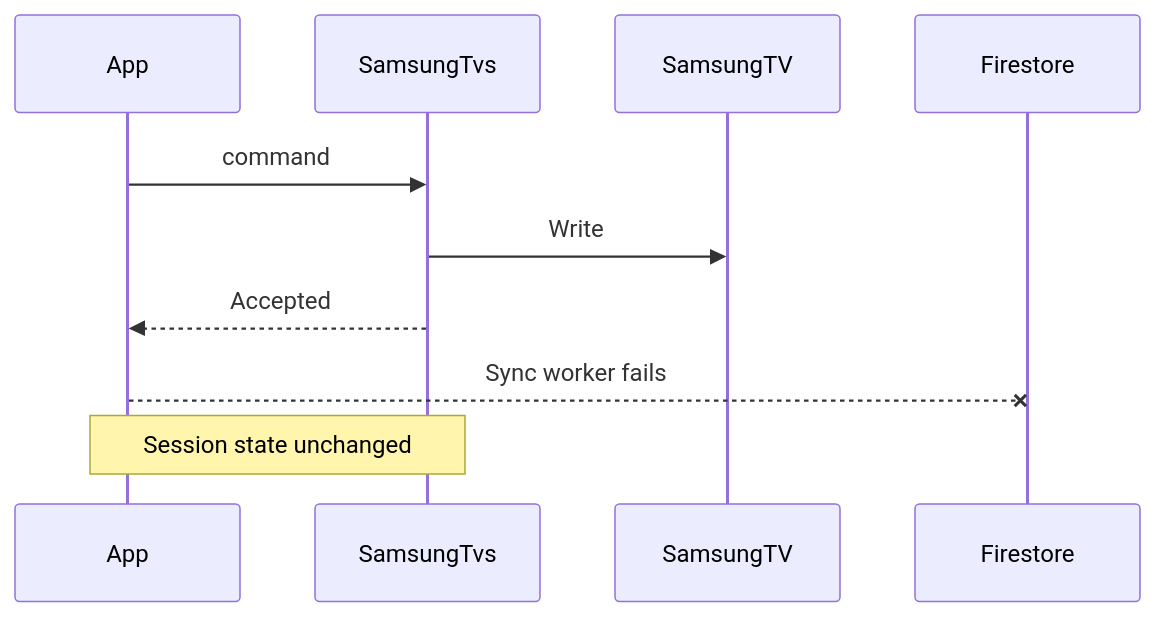
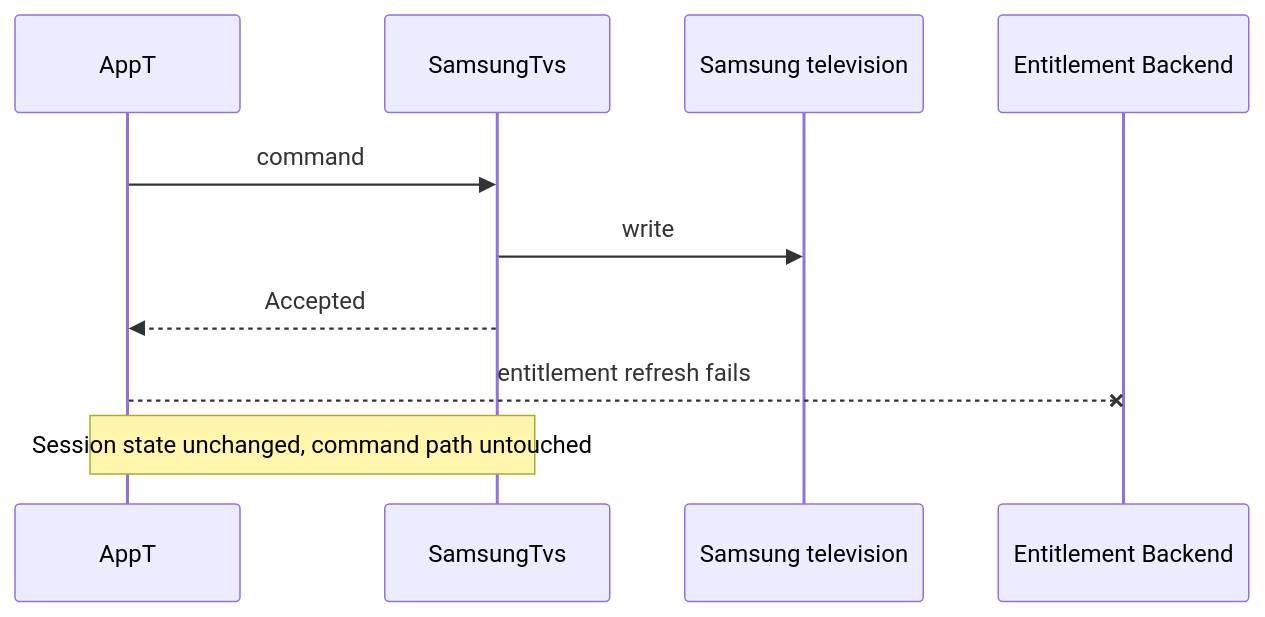
The eighth of 14 diagrams in docs/architecture/flows.md (anthracite-labs/AppT), drawn with Mermaid before and after one commit. The commit also changed other lines of this file and 22 other files, not shown here.

First line of the commit message:
Complete V1 architecture closure and rebuild implementation slice map

````diff
--- a/docs/architecture/flows.md
+++ b/docs/architecture/flows.md
@@ -83,12 +223,12 @@
 ```mermaid
 sequenceDiagram
-  participant App
+  participant App as AppT
   participant Samsung as SamsungTvs
-  participant TV as SamsungTV
-  participant Cloud as Firestore
+  participant TV as Samsung television
+  participant Fn as Entitlement Backend
   App->>Samsung: command
-  Samsung->>TV: Write
+  Samsung->>TV: write
   Samsung-->>App: Accepted
-  App --x Cloud: Sync worker fails
-  Note over App,Samsung: Session state unchanged
+  App--xFn: entitlement refresh fails
+  Note over App,Samsung: Session state unchanged, command path untouched
 ```
````
